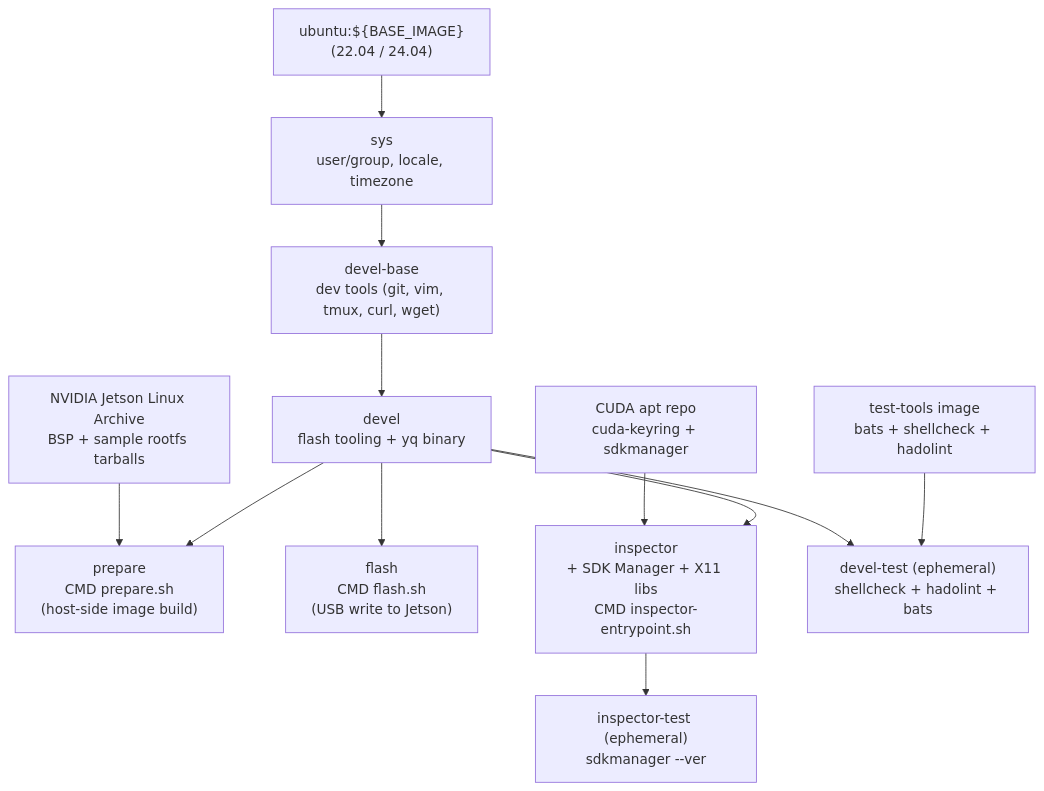
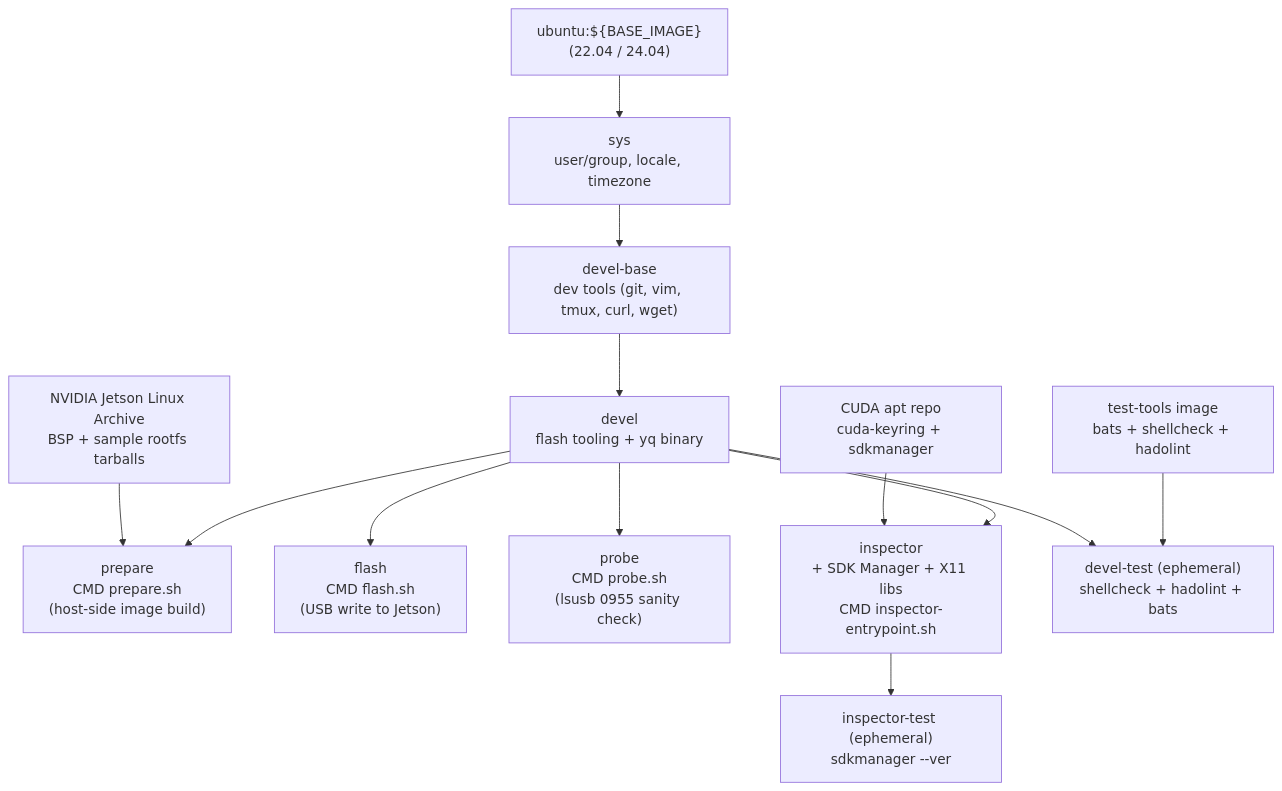
The diagram in README.md (ycpss91255-docker/jetson_sdk_manager), drawn with Mermaid before and after one commit. The commit also changed other lines of this file and 7 other files, not shown here.

````diff
--- a/README.md
+++ b/README.md
@@ -209,21 +210,22 @@
 ```mermaid
 graph TD
     EXT1["test-tools image\nbats + shellcheck + hadolint"]
     EXT2["ubuntu:${BASE_IMAGE}\n(22.04 / 24.04)"]
     EXT3["NVIDIA Jetson Linux Archive\nBSP + sample rootfs tarballs"]
     EXT4["CUDA apt repo\ncuda-keyring + sdkmanager"]
 
     EXT2 --> sys["sys\nuser/group, locale, timezone"]
     sys --> devel-base["devel-base\ndev tools (git, vim, tmux, curl, wget)"]
     devel-base --> devel["devel\nflash tooling + yq binary"]
 
     devel --> prepare["prepare\nCMD prepare.sh\n(host-side image build)"]
     EXT3 --> prepare
     devel --> flash["flash\nCMD flash.sh\n(USB write to Jetson)"]
+    devel --> probe["probe\nCMD probe.sh\n(lsusb 0955 sanity check)"]
     devel --> inspector["inspector\n+ SDK Manager + X11 libs\nCMD inspector-entrypoint.sh"]
     EXT4 --> inspector
 
     EXT1 --> devel-test["devel-test (ephemeral)\nshellcheck + hadolint + bats"]
     devel --> devel-test
     inspector --> inspector-test["inspector-test (ephemeral)\nsdkmanager --ver"]
 ```
````
